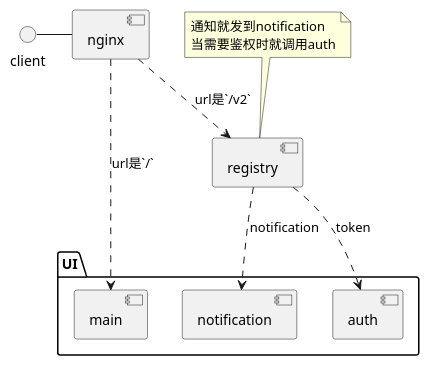
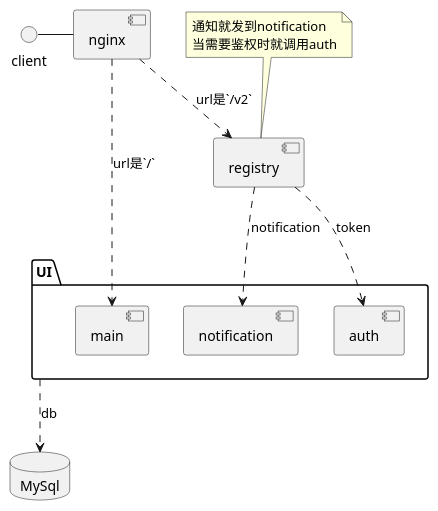
The diagram in source/_posts/inspect_harbor.md (CodeJuan/blog), drawn with PlantUML before and after one commit. The commit also changed other lines of this file, not shown here.

```diff
--- a/source/_posts/inspect_harbor.md
+++ b/source/_posts/inspect_harbor.md
@@ -51,20 +51,24 @@
 {% plantuml %}
 interface "client" as C
+
+database "MySql" {
+}
 
 folder "UI" {
     [main]
     [auth]
     [notification]
   }
 
 C - [nginx]
 [nginx] ..> [registry] : url是`/v2`
 [nginx] ..> [main] : url是`/`
 [registry] ..> [auth] : token
 [registry] ..> [notification] : notification
+UI ..> MySql:db
 
 note top of [registry]
   通知就发到notification
   当需要鉴权时就调用auth
 end note
 {% endplantuml %}
```
